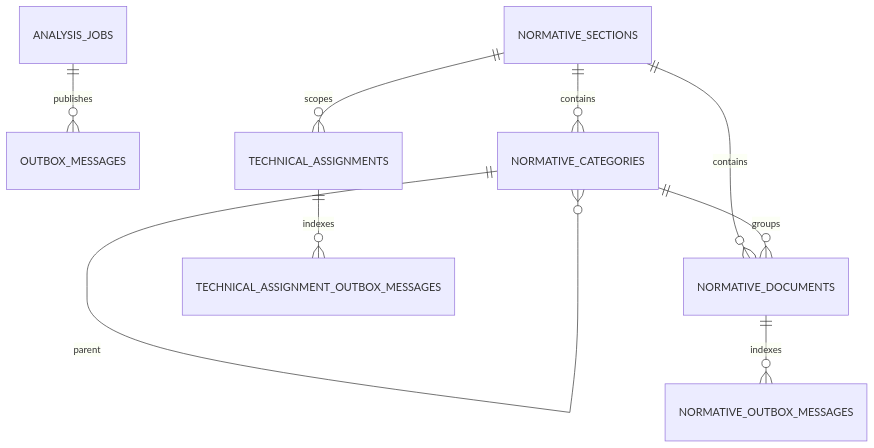
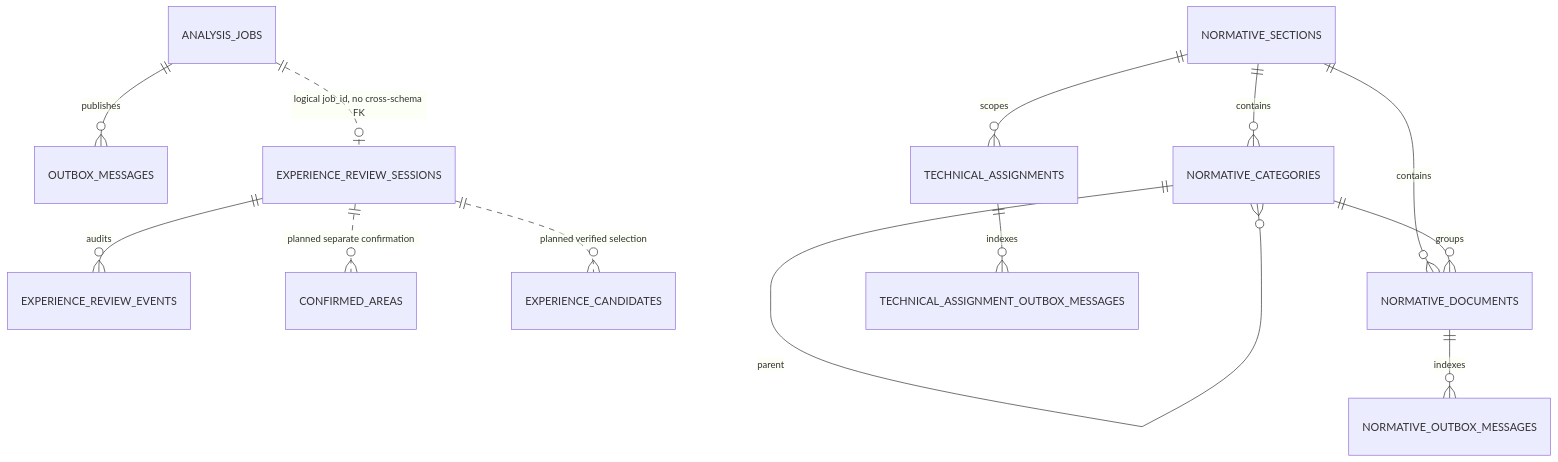
The sixth of 15 diagrams in README.md (Amadu-A/PDRD-validation), drawn with Mermaid before and after one commit. The commit also changed other lines of this file and 1 other file, not shown here.

````diff
--- a/README.md
+++ b/README.md
@@ -318,13 +285,15 @@
 ```mermaid
 erDiagram
     ANALYSIS_JOBS ||--o{ OUTBOX_MESSAGES : publishes
-
+    ANALYSIS_JOBS ||..o| EXPERIENCE_REVIEW_SESSIONS : "logical job_id, no cross-schema FK"
+    EXPERIENCE_REVIEW_SESSIONS ||--o{ EXPERIENCE_REVIEW_EVENTS : audits
+    EXPERIENCE_REVIEW_SESSIONS ||..o{ CONFIRMED_AREAS : "planned separate confirmation"
+    EXPERIENCE_REVIEW_SESSIONS ||..o{ EXPERIENCE_CANDIDATES : "planned verified selection"
     NORMATIVE_SECTIONS ||--o{ NORMATIVE_CATEGORIES : contains
     NORMATIVE_SECTIONS ||--o{ NORMATIVE_DOCUMENTS : contains
     NORMATIVE_CATEGORIES ||--o{ NORMATIVE_CATEGORIES : parent
     NORMATIVE_CATEGORIES ||--o{ NORMATIVE_DOCUMENTS : groups
     NORMATIVE_DOCUMENTS ||--o{ NORMATIVE_OUTBOX_MESSAGES : indexes
-
     NORMATIVE_SECTIONS ||--o{ TECHNICAL_ASSIGNMENTS : scopes
     TECHNICAL_ASSIGNMENTS ||--o{ TECHNICAL_ASSIGNMENT_OUTBOX_MESSAGES : indexes
 ```
````
